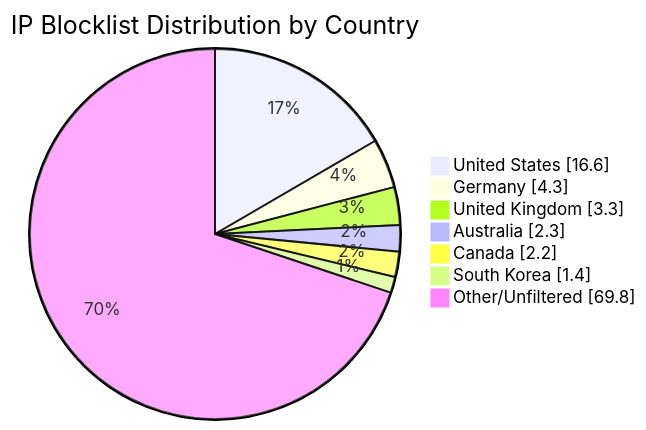
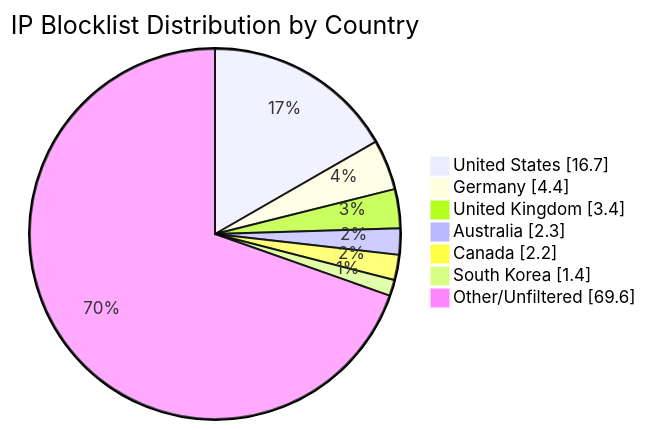
The diagram in README.md (MarcusHoltz/ipblocklist-geofiltered-aggregator), drawn with Mermaid before and after one commit. The commit also changed other lines of this file and 9 other files, not shown here.

````diff
--- a/README.md
+++ b/README.md
@@ -34,10 +34,10 @@
 ```mermaid
 pie showData title IP Blocklist Distribution by Country
-"United States" : 16.6
-"Germany" : 4.3
-"United Kingdom" : 3.3
+"United States" : 16.7
+"Germany" : 4.4
+"United Kingdom" : 3.4
 "Australia" : 2.3
 "Canada" : 2.2
 "South Korea" : 1.4
-"Other/Unfiltered" : 69.8
+"Other/Unfiltered" : 69.6
 ```
````
